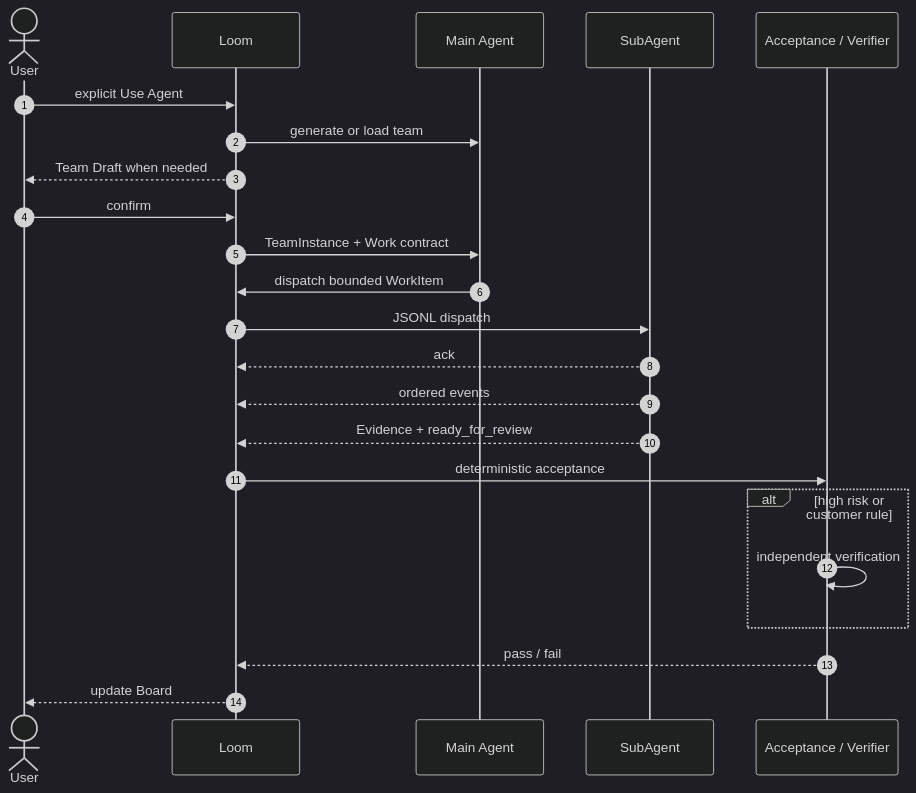
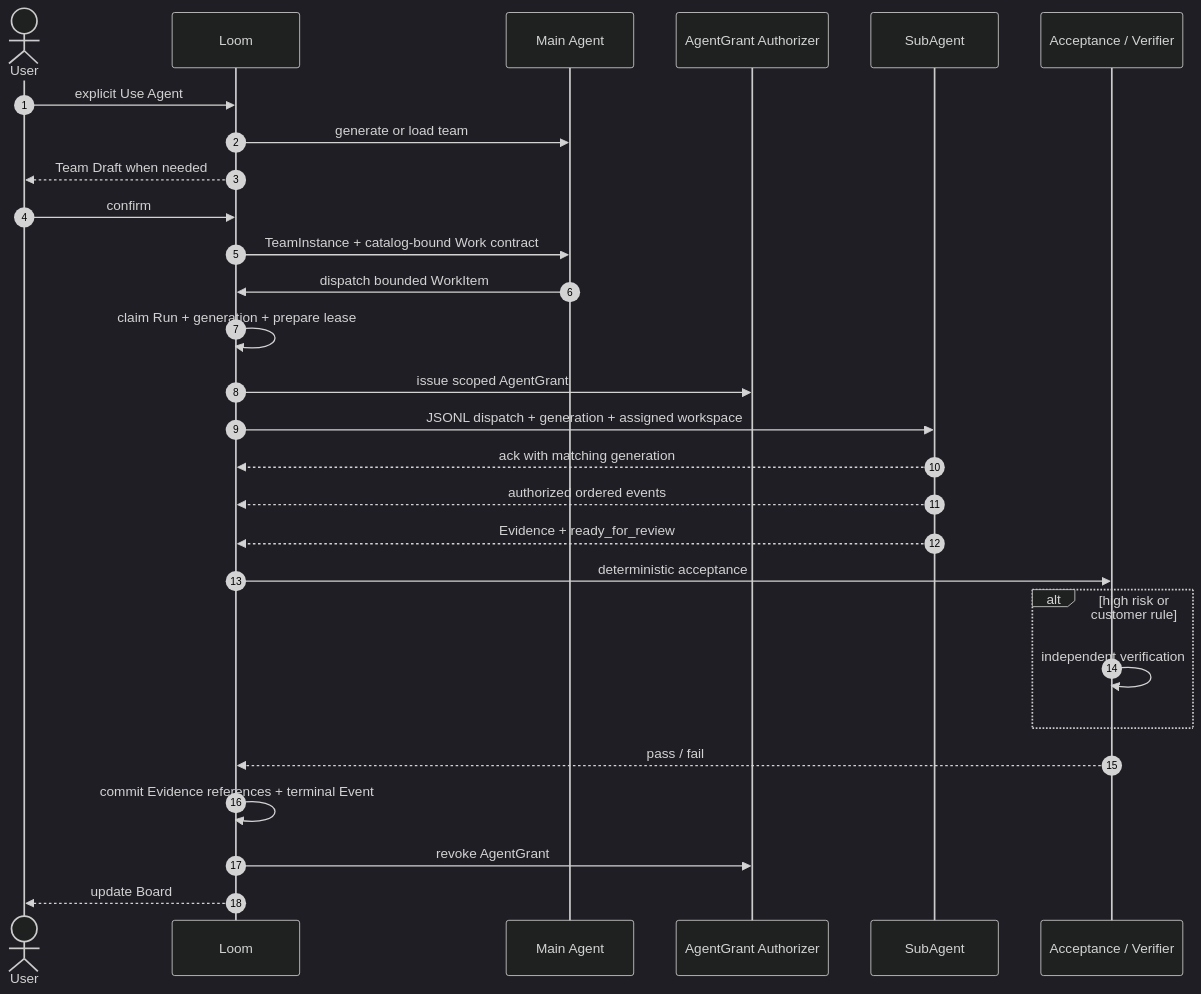
Before and after one commit to tttboy123/loom: the ninth of 13 diagrams in docs/ARCHITECTURE.md, drawn with Mermaid (dark theme). The commit also changed other lines of this file and 26 other files, not shown here.

````diff
--- a/docs/ARCHITECTURE.md
+++ b/docs/ARCHITECTURE.md
@@ -249,28 +302,33 @@
 ```mermaid
 sequenceDiagram
     autonumber
     actor U as User
     participant L as Loom
     participant M as Main Agent
+    participant G as AgentGrant Authorizer
     participant W as SubAgent
     participant V as Acceptance / Verifier
 
     U->>L: explicit Use Agent
     L->>M: generate or load team
     L-->>U: Team Draft when needed
     U->>L: confirm
-    L->>M: TeamInstance + Work contract
+    L->>M: TeamInstance + catalog-bound Work contract
     M->>L: dispatch bounded WorkItem
-    L->>W: JSONL dispatch
-    W-->>L: ack
-    W-->>L: ordered events
+    L->>L: claim Run + generation + prepare lease
+    L->>G: issue scoped AgentGrant
+    L->>W: JSONL dispatch + generation + assigned workspace
+    W-->>L: ack with matching generation
+    W-->>L: authorized ordered events
     W-->>L: Evidence + ready_for_review
     L->>V: deterministic acceptance
 
     alt high risk or customer rule
         V->>V: independent verification
     end
 
     V-->>L: pass / fail
+    L->>L: commit Evidence references + terminal Event
+    L->>G: revoke AgentGrant
     L-->>U: update Board
 ```
````
